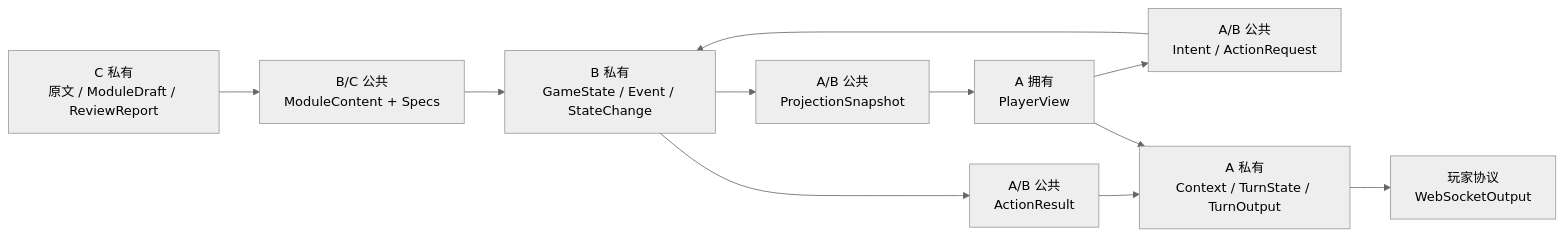
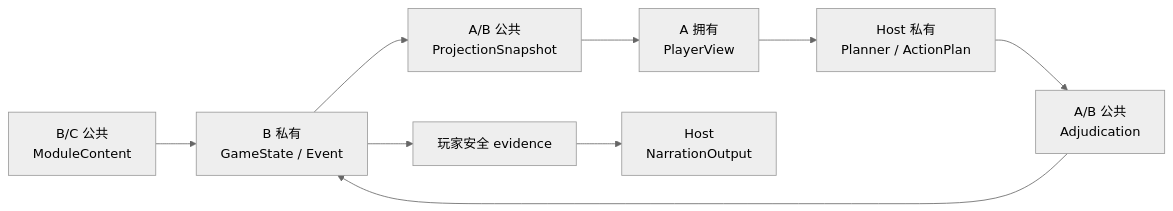
Before and after one commit to 1024XEngineer/TRPG-master: the diagram in agent-collaboration-framework/docs/数据模型设计.md, drawn with Mermaid (neutral theme). The commit also changed other lines of this file and 81 other files, not shown here.

````diff
--- a/agent-collaboration-framework/docs/数据模型设计.md
+++ b/agent-collaboration-framework/docs/数据模型设计.md
@@ -21,23 +12,11 @@
 ```mermaid
 flowchart LR
-    CPRIVATE["C 私有<br/>原文 / ModuleDraft / ReviewReport"]
-    MODULE["B/C 公共<br/>ModuleContent + Specs"]
-    BSTATE["B 私有<br/>GameState / Event / StateChange"]
-    SNAPSHOT["A/B 公共<br/>ProjectionSnapshot"]
-    AVIEW["A 拥有<br/>PlayerView"]
-    COMMAND["A/B 公共<br/>Intent / ActionRequest"]
-    RESULT["A/B 公共<br/>ActionResult"]
-    AINTERNAL["A 私有<br/>Context / TurnState / TurnOutput"]
-    WS["玩家协议<br/>WebSocketOutput"]
-
-    CPRIVATE --> MODULE
-    MODULE --> BSTATE
-    BSTATE --> SNAPSHOT
-    SNAPSHOT --> AVIEW
-    AVIEW --> COMMAND
-    COMMAND --> BSTATE
-    BSTATE --> RESULT
-    RESULT --> AINTERNAL
-    AVIEW --> AINTERNAL
-    AINTERNAL --> WS
+    MODULE["B/C 公共<br/>ModuleContent"] --> STATE["B 私有<br/>GameState / Event"]
+    STATE --> SNAP["A/B 公共<br/>ProjectionSnapshot"]
+    SNAP --> VIEW["A 拥有<br/>PlayerView"]
+    VIEW --> PLAN["Host 私有<br/>Planner / ActionPlan"]
+    PLAN --> ADJ["A/B 公共<br/>Adjudication"]
+    ADJ --> STATE
+    STATE --> EVIDENCE["玩家安全 evidence"]
+    EVIDENCE --> NARRATION["Host<br/>NarrationOutput"]
 ```
````
